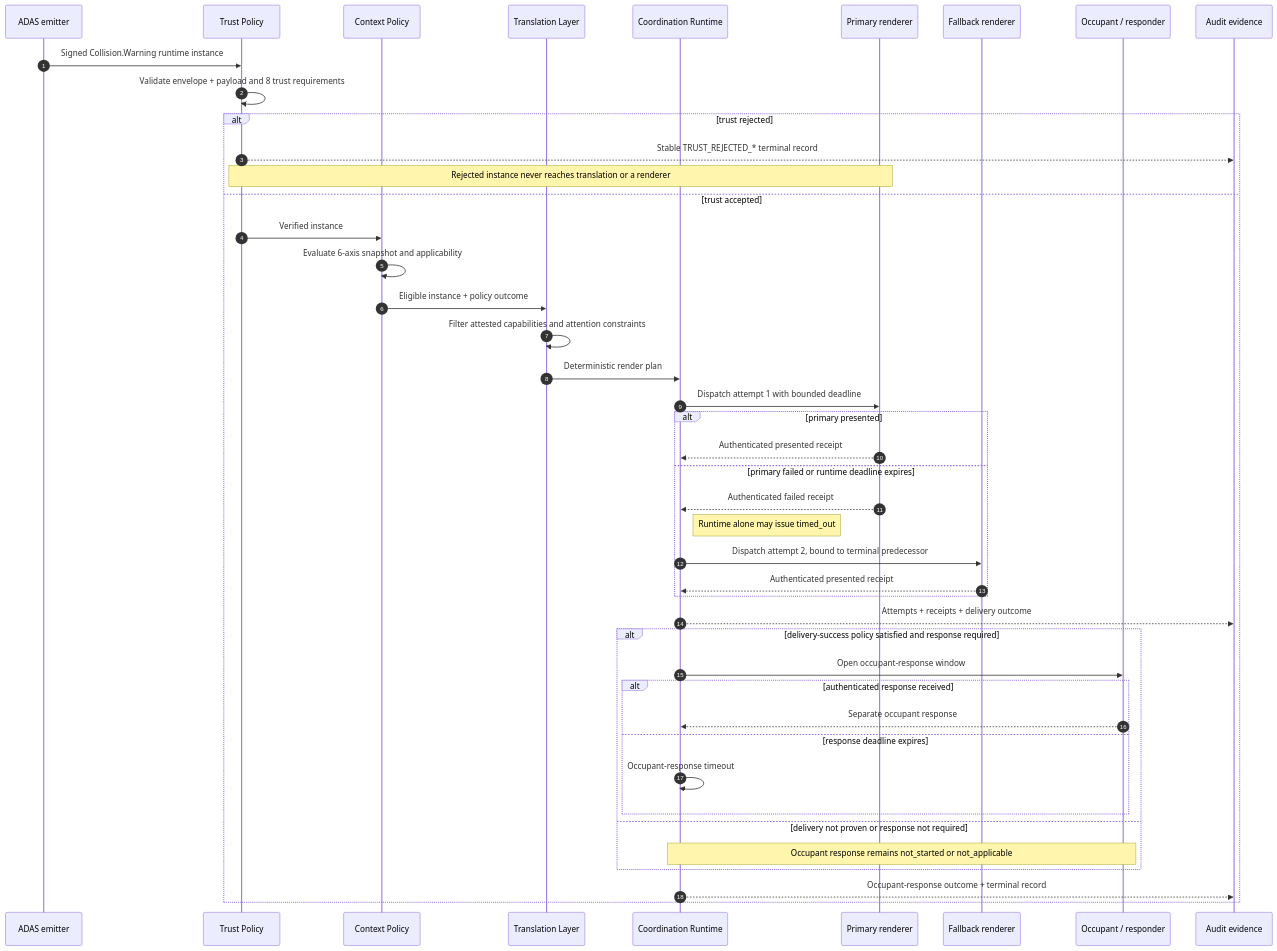
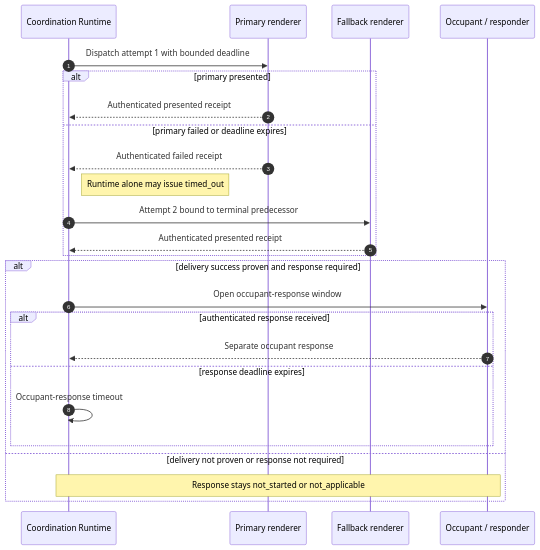
Before and after one commit to yaneczech/SIA: the eighth of 8 diagrams in figures/REDRAW_REFERENCE.md, drawn with Mermaid. The commit also changed other lines of this file, not shown here.

Commit message:
Split figure redraws into focused panels

````diff
--- a/figures/REDRAW_REFERENCE.md
+++ b/figures/REDRAW_REFERENCE.md
@@ -176,47 +200,28 @@
 ```mermaid
 sequenceDiagram
   autonumber
-  participant ADAS as ADAS emitter
-  participant Trust as Trust Policy
-  participant Context as Context Policy
-  participant Translate as Translation Layer
   participant Runtime as Coordination Runtime
   participant Primary as Primary renderer
   participant Fallback as Fallback renderer
   participant Occupant as Occupant / responder
-  participant Audit as Audit evidence
 
-  ADAS->>Trust: Signed Collision.Warning runtime instance
-  Trust->>Trust: Validate envelope + payload and 8 trust requirements
-  alt trust rejected
-    Trust-->>Audit: Stable TRUST_REJECTED_* terminal record
-    Note over Trust,Primary: Rejected instance never reaches translation or a renderer
-  else trust accepted
-    Trust->>Context: Verified instance
-    Context->>Context: Evaluate 6-axis snapshot and applicability
-    Context->>Translate: Eligible instance + policy outcome
-    Translate->>Translate: Filter attested capabilities and attention constraints
-    Translate->>Runtime: Deterministic render plan
-    Runtime->>Primary: Dispatch attempt 1 with bounded deadline
-    alt primary presented
-      Primary-->>Runtime: Authenticated presented receipt
-    else primary failed or runtime deadline expires
-      Primary-->>Runtime: Authenticated failed receipt
-      Note right of Runtime: Runtime alone may issue timed_out
-      Runtime->>Fallback: Dispatch attempt 2, bound to terminal predecessor
-      Fallback-->>Runtime: Authenticated presented receipt
+  Runtime->>Primary: Dispatch attempt 1 with bounded deadline
+  alt primary presented
+    Primary-->>Runtime: Authenticated presented receipt
+  else primary failed or deadline expires
+    Primary-->>Runtime: Authenticated failed receipt
+    Note right of Runtime: Runtime alone may issue timed_out
+    Runtime->>Fallback: Attempt 2 bound to terminal predecessor
+    Fallback-->>Runtime: Authenticated presented receipt
+  end
+  alt delivery success proven and response required
+    Runtime->>Occupant: Open occupant-response window
+    alt authenticated response received
+      Occupant-->>Runtime: Separate occupant response
+    else response deadline expires
+      Runtime->>Runtime: Occupant-response timeout
     end
-    Runtime-->>Audit: Attempts + receipts + delivery outcome
-    alt delivery-success policy satisfied and response required
-      Runtime->>Occupant: Open occupant-response window
-      alt authenticated response received
-        Occupant-->>Runtime: Separate occupant response
-      else response deadline expires
-        Runtime->>Runtime: Occupant-response timeout
-      end
-    else delivery not proven or response not required
-      Note over Runtime,Occupant: Occupant response remains not_started or not_applicable
-    end
-    Runtime-->>Audit: Occupant-response outcome + terminal record
+  else delivery not proven or response not required
+    Note over Runtime,Occupant: Response stays not_started or not_applicable
   end
 ```
````
